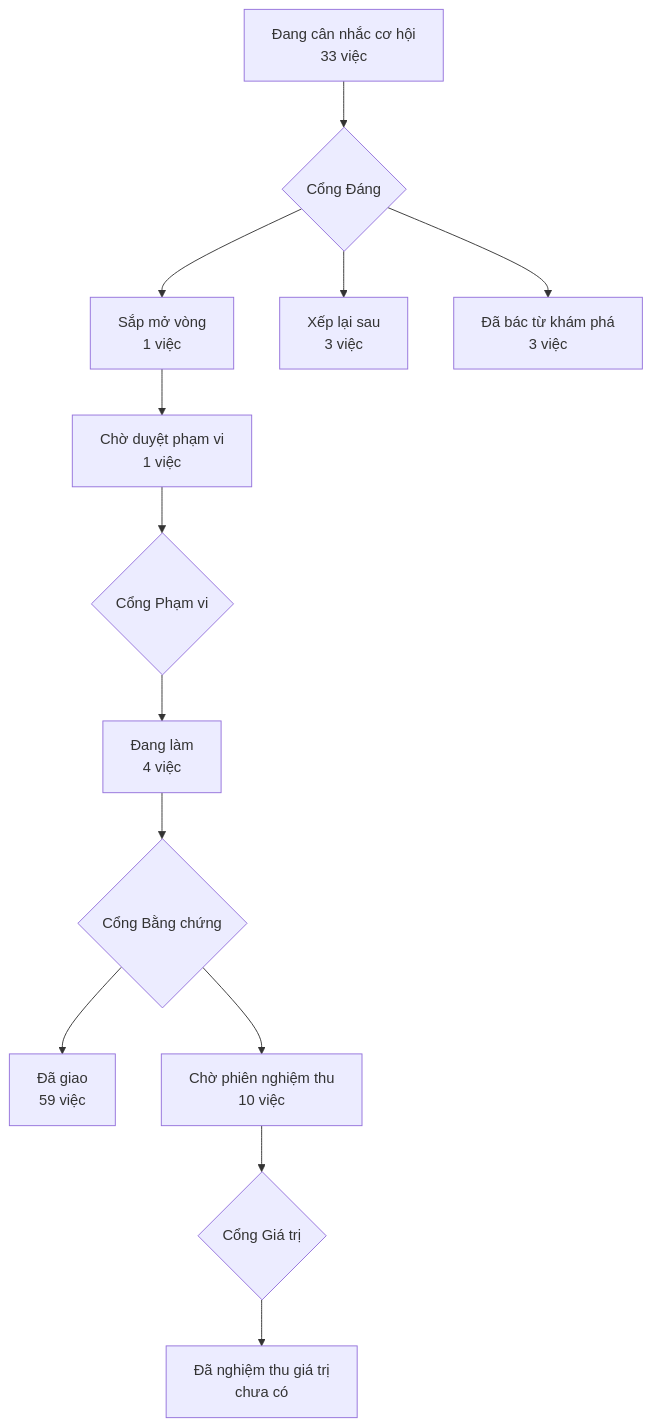
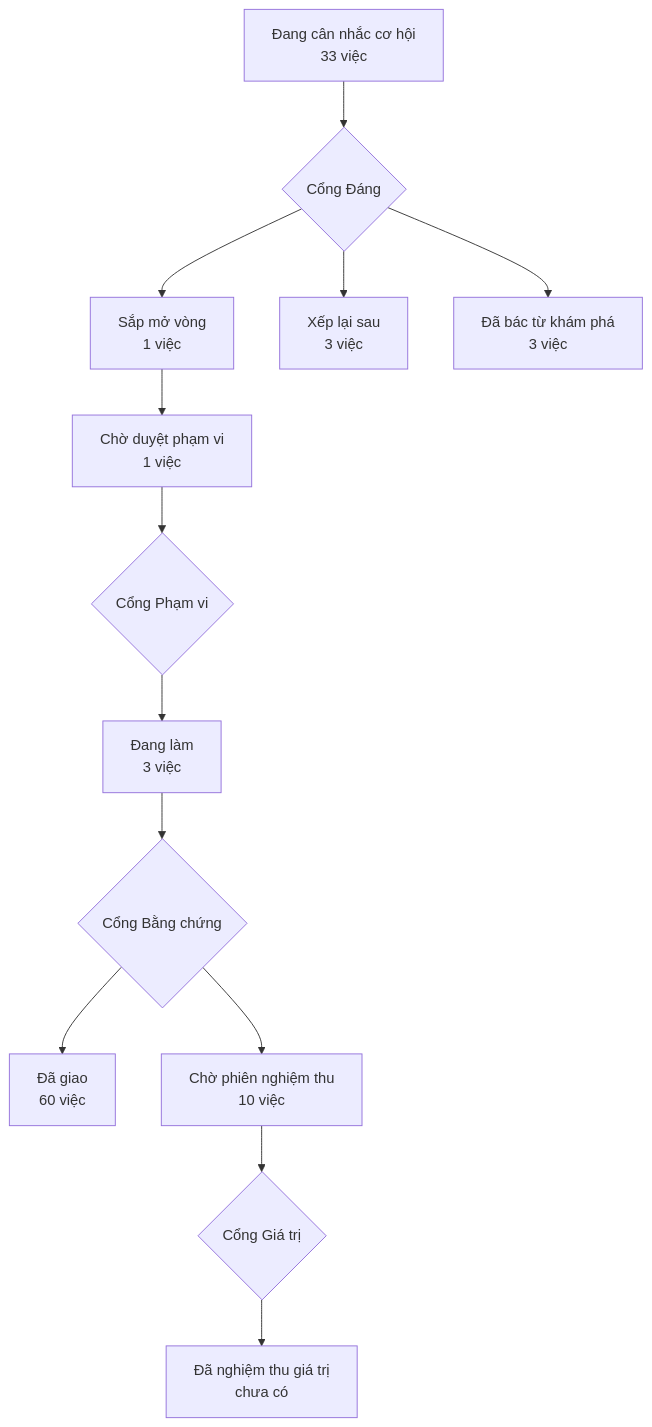
The diagram in PRODUCT-MAP.md (phanlemanh/acceptance-gate-kit), drawn with Mermaid before and after one commit. The commit also changed 3 other files, not shown here.

````diff
--- a/PRODUCT-MAP.md
+++ b/PRODUCT-MAP.md
@@ -6,12 +6,12 @@
 ```mermaid
 flowchart TD
   A["Đang cân nhắc cơ hội<br/>33 việc"] --> GD{"Cổng Đáng"}
   GD --> B["Sắp mở vòng<br/>1 việc"]
   GD --> XL["Xếp lại sau<br/>3 việc"]
   GD --> DB["Đã bác từ khám phá<br/>3 việc"]
   B --> CD["Chờ duyệt phạm vi<br/>1 việc"] --> GP{"Cổng Phạm vi"}
-  GP --> DL["Đang làm<br/>4 việc"] --> GB{"Cổng Bằng chứng"}
-  GB --> DG["Đã giao<br/>59 việc"]
+  GP --> DL["Đang làm<br/>3 việc"] --> GB{"Cổng Bằng chứng"}
+  GB --> DG["Đã giao<br/>60 việc"]
   GB --> CN["Chờ phiên nghiệm thu<br/>10 việc"] --> GG{"Cổng Giá trị"}
   GG --> NT["Đã nghiệm thu giá trị<br/>chưa có"]
 ```
````
